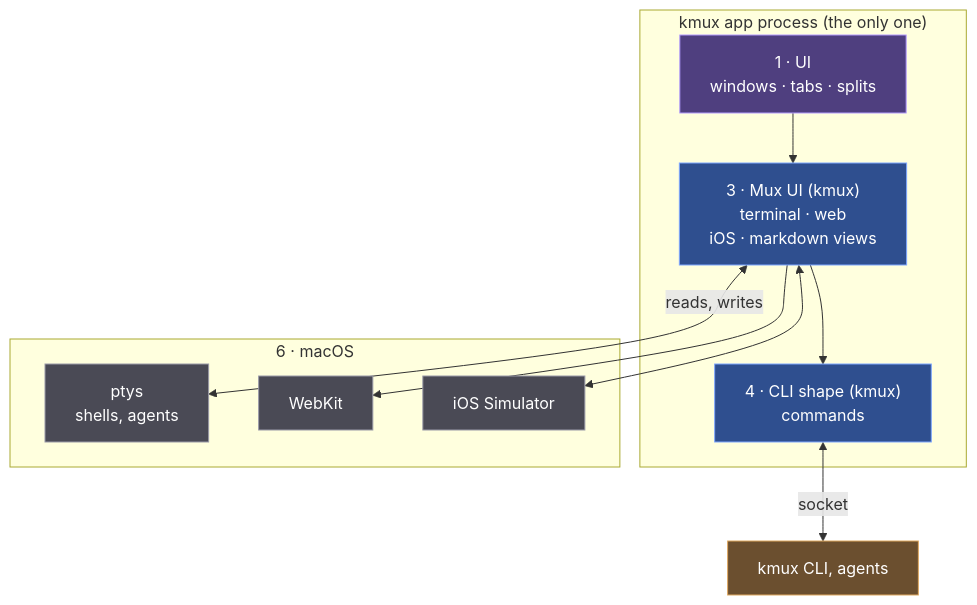
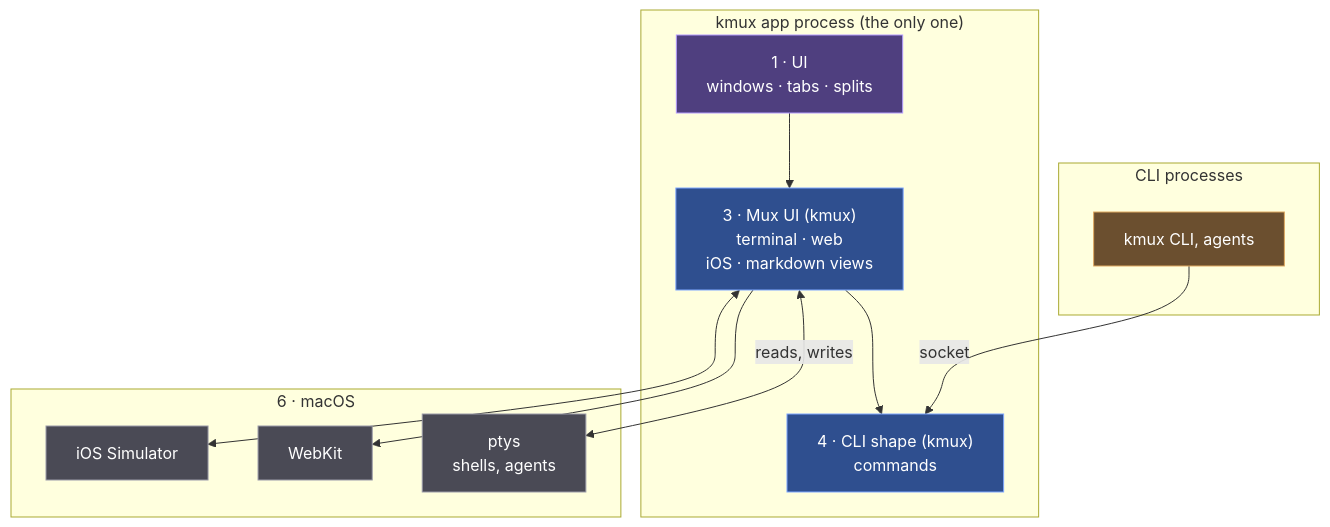
One commit to jemdiggity/kanna-v4 changed the second of 9 diagrams in docs/research/mux-architecture.md. Above: the diagram before and after it, drawn with Mermaid. The commit also changed other lines of this file, not shown here.

Commit message:
Mux architecture: the CLI is a client on top, not below the daemon

````diff
--- a/docs/research/mux-architecture.md
+++ b/docs/research/mux-architecture.md
@@ -84,27 +87,30 @@
 ```mermaid
 flowchart TB
+    subgraph CLIP["CLI processes"]
+        CLI["kmux CLI, agents"]
+    end
     subgraph APP["kmux app process (the only one)"]
         K1["1 · UI<br/>windows · tabs · splits"]
         K3["3 · Mux UI (kmux)<br/>terminal · web<br/>iOS · markdown views"]
         K4["4 · CLI shape (kmux)<br/>commands"]
         K1 --> K3 --> K4
     end
     subgraph OS["6 · macOS"]
         PTY["ptys<br/>shells, agents"]
         WK["WebKit"]
         SIM["iOS Simulator"]
     end
-    K4 <-->|"socket"| CLI["kmux CLI, agents"]
+    CLI -->|"socket"| K4
     K3 <-->|"reads, writes"| PTY
     K3 --> WK
     K3 <--> SIM
     classDef kanna fill:#2f6f4f,stroke:#6fcf97,color:#ffffff
     classDef kmux fill:#2f4f8f,stroke:#7fa7ff,color:#ffffff
     classDef kmuxapp fill:#4f3f7f,stroke:#b39cff,color:#ffffff
     classDef os fill:#4a4a55,stroke:#9a9aa8,color:#ffffff
     classDef ext fill:#6b4f2f,stroke:#e0a960,color:#ffffff
     class K1 kmuxapp
     class K3,K4 kmux
     class PTY,WK,SIM os
     class CLI ext
 ```
````
